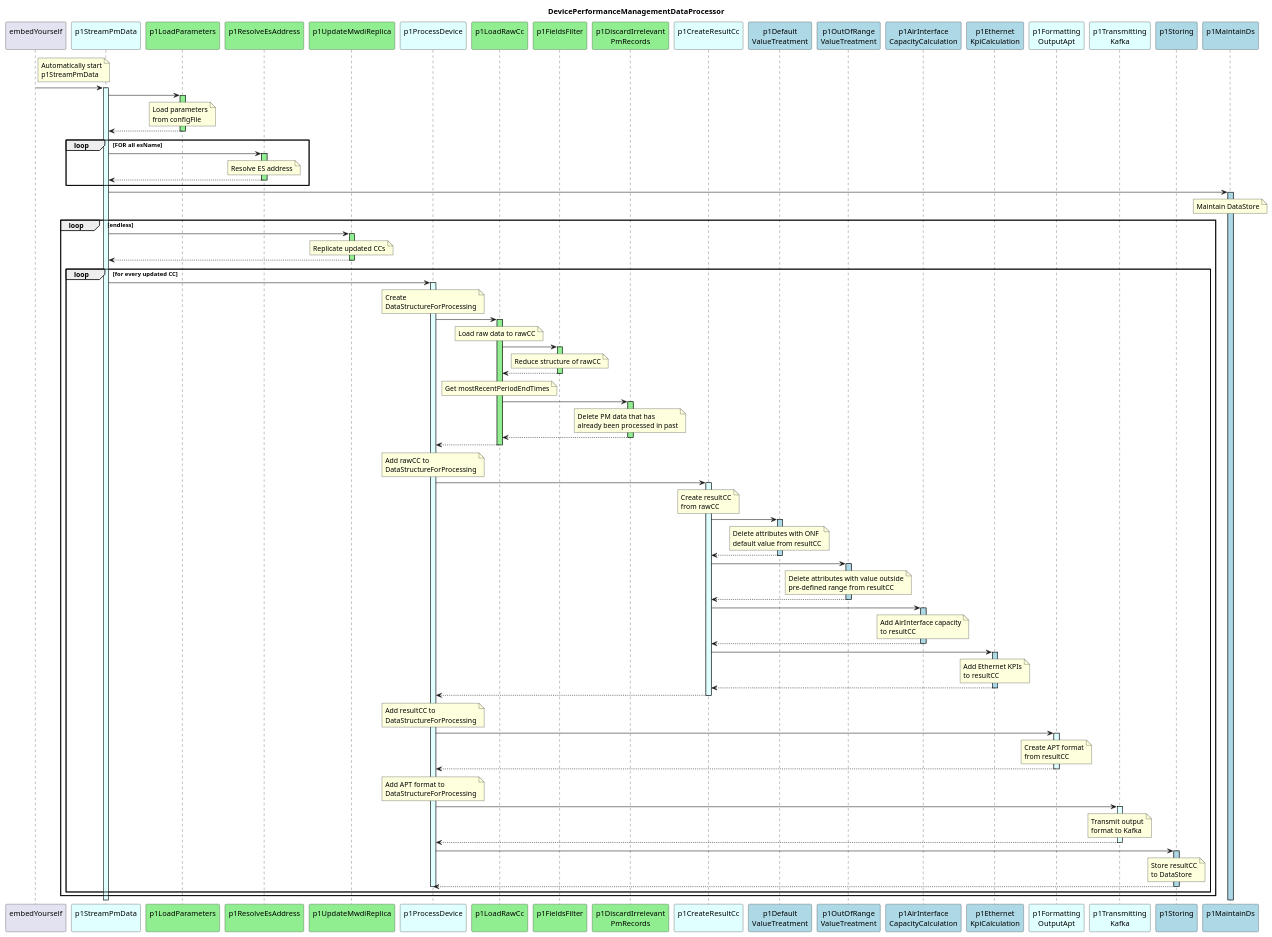
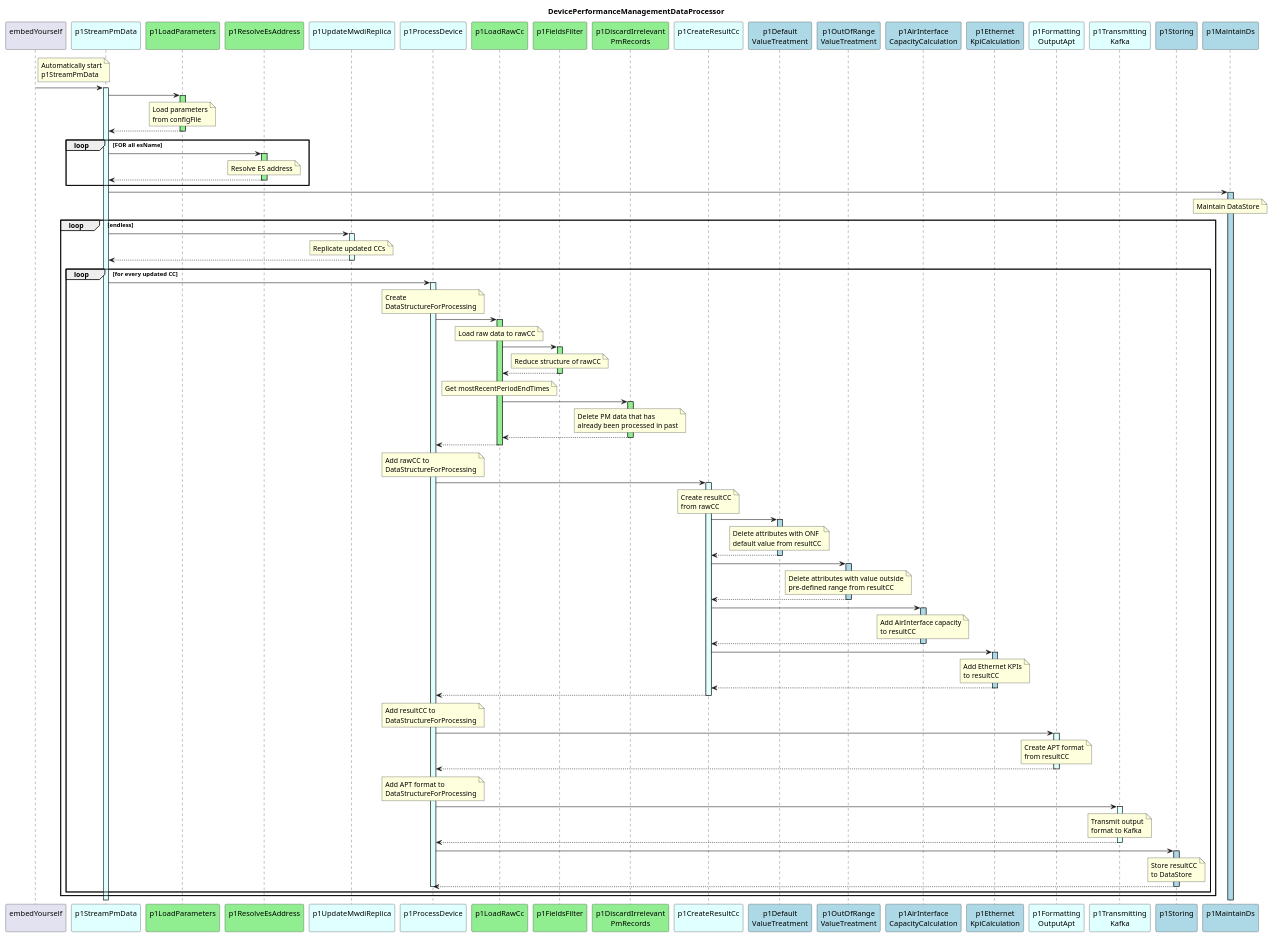
The diagram in spec/diagrams/hl_sequence.plantuml (openBackhaul/DevicePerformanceManagementDataProcessor), drawn with PlantUML before and after one commit. The commit also changed 8 other files, not shown here.

```diff
--- a/spec/diagrams/hl_sequence.plantuml
+++ b/spec/diagrams/hl_sequence.plantuml
@@ -9,7 +9,7 @@
 participant "p1StreamPmData\n" as p1RMWDI #LightCyan
 participant "p1LoadParameters\n" as p1LoadParams #LightGreen
 participant "p1ResolveEsAddress\n" as p1REA #LightGreen
-participant "p1UpdateMwdiReplica\n" as p1UMR #LightGreen
+participant "p1UpdateMwdiReplica\n" as p1UMR #LightCyan
 
 participant "p1ProcessDevice\n" as p1ProcessPm #LightCyan
 
@@ -68,7 +68,7 @@
   Loop endless
 
     p1RMWDI -> p1UMR
-    activate p1UMR #LightGreen
+    activate p1UMR #LightCyan
       note over p1UMR
         Replicate updated CCs
       end note
```
